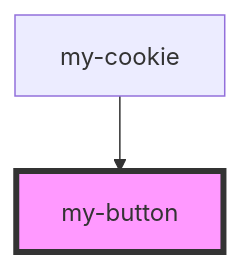
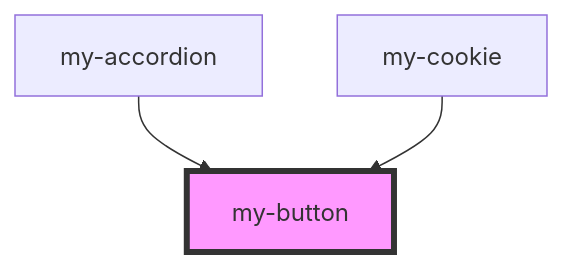
Before and after one commit to pxcemaker/stencil-starter-on: the diagram in src/components/my-button/readme.md, drawn with Mermaid. The commit also changed other lines of this file and 14 other files, not shown here.

````diff
--- a/src/components/my-button/readme.md
+++ b/src/components/my-button/readme.md
@@ -22,5 +23,6 @@
 ```mermaid
 graph TD;
+  my-accordion --> my-button
   my-cookie --> my-button
   style my-button fill:#f9f,stroke:#333,stroke-width:4px
 ```
````
